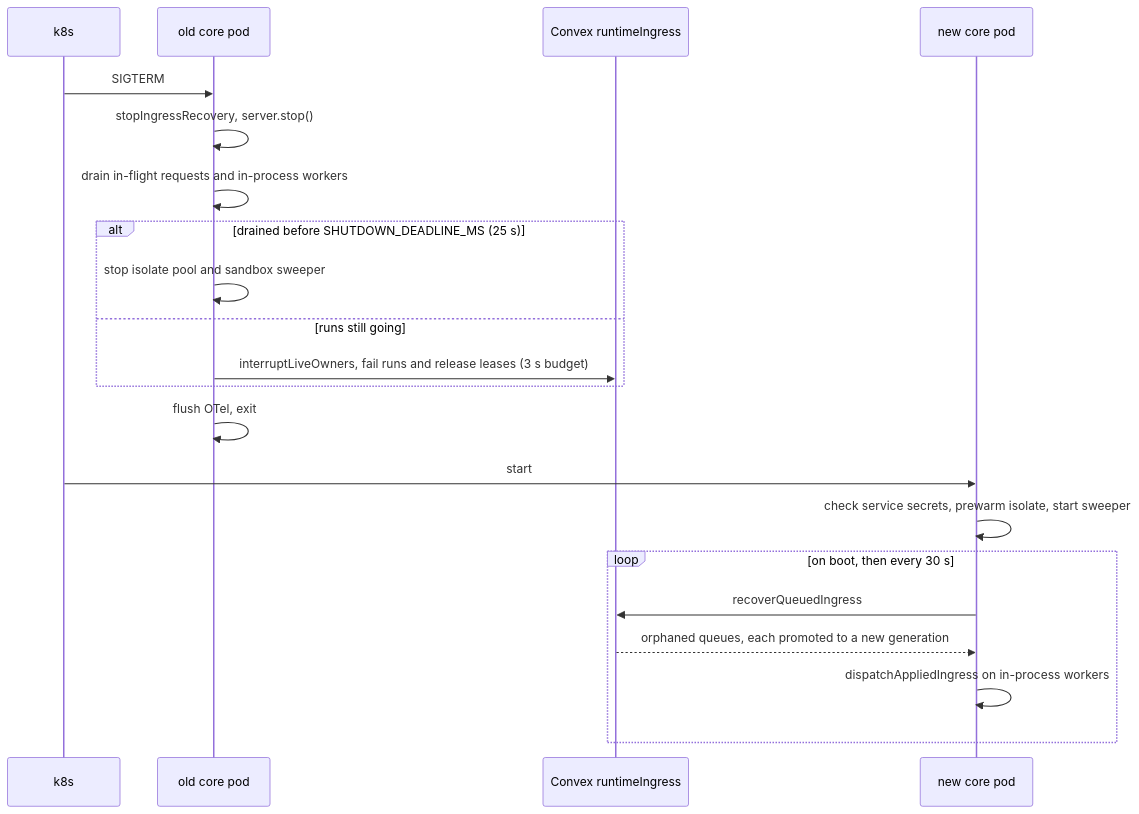
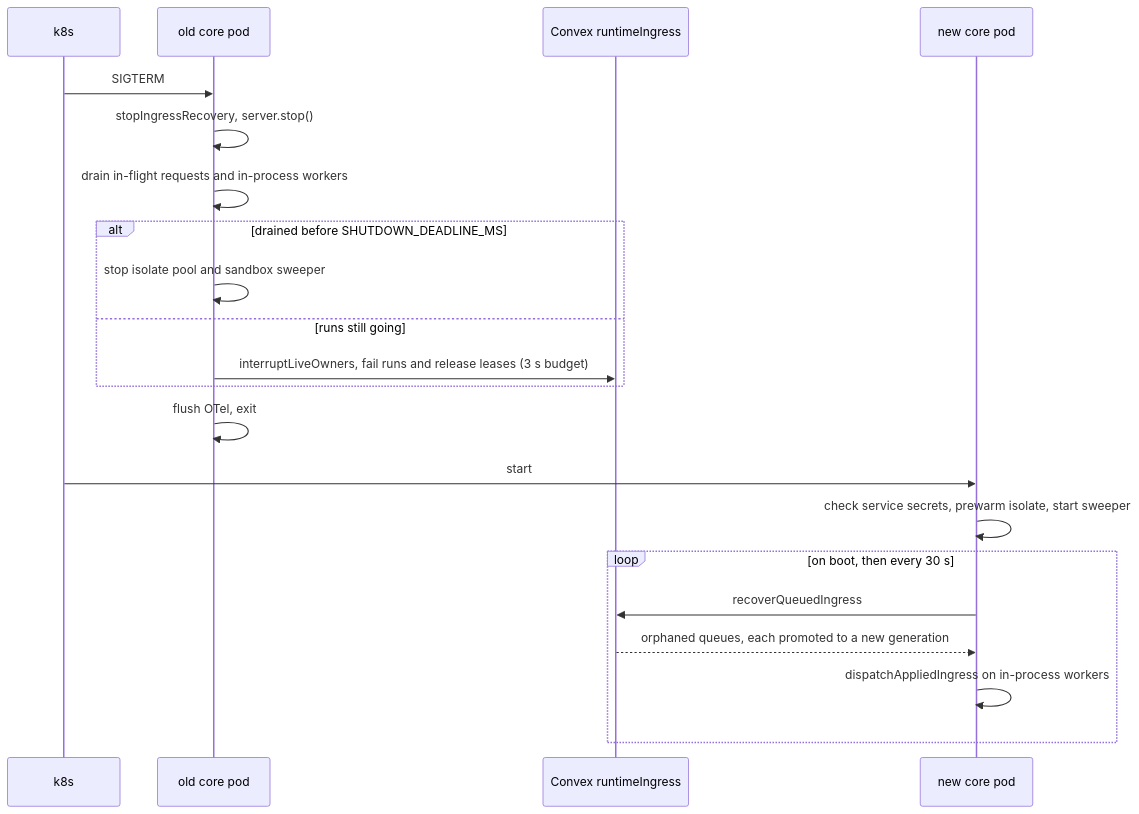
Before and after one commit to beeblastco/broods: the second of 2 diagrams in apps/docs/docs/internals/operations.md, drawn with Mermaid. The commit also changed other lines of this file, not shown here.

````diff
--- a/apps/docs/docs/internals/operations.md
+++ b/apps/docs/docs/internals/operations.md
@@ -47,24 +47,24 @@
 ```mermaid
 sequenceDiagram
   participant K as k8s
   participant Old as old core pod
   participant CVX as Convex runtimeIngress
   participant New as new core pod
 
   K->>Old: SIGTERM
   Old->>Old: stopIngressRecovery, server.stop()
   Old->>Old: drain in-flight requests and in-process workers
-  alt drained before SHUTDOWN_DEADLINE_MS (25 s)
+  alt drained before SHUTDOWN_DEADLINE_MS
     Old->>Old: stop isolate pool and sandbox sweeper
   else runs still going
     Old->>CVX: interruptLiveOwners, fail runs and release leases (3 s budget)
   end
   Old->>Old: flush OTel, exit
   K->>New: start
   New->>New: check service secrets, prewarm isolate, start sweeper
   loop on boot, then every 30 s
     New->>CVX: recoverQueuedIngress
     CVX-->>New: orphaned queues, each promoted to a new generation
     New->>New: dispatchAppliedIngress on in-process workers
   end
 ```
````
